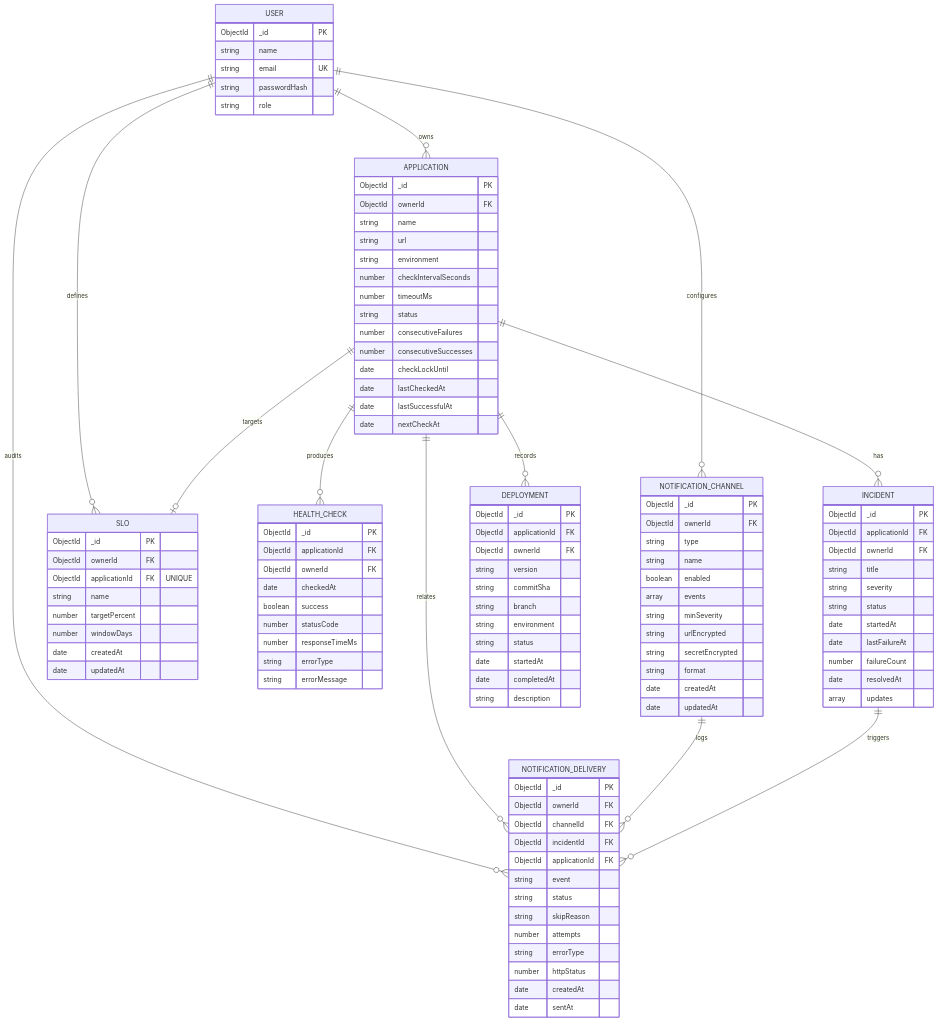
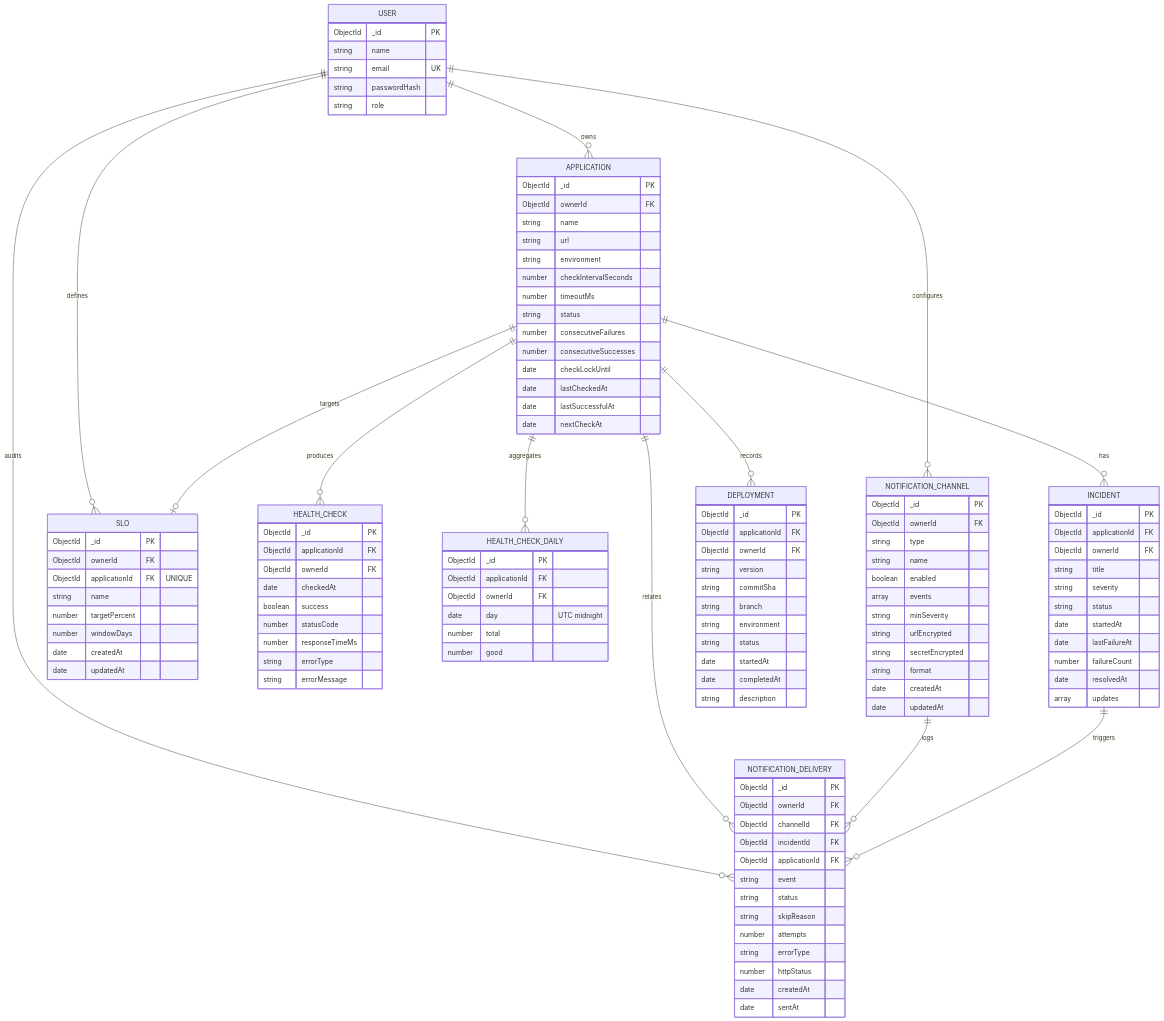
The second of 2 diagrams in ARCHITECTURE.md (gaurav27-kit/DevOpsPulse), drawn with Mermaid before and after one commit. The commit also changed other lines of this file and 17 other files, not shown here.

```diff
--- a/ARCHITECTURE.md
+++ b/ARCHITECTURE.md
@@ -79,6 +79,7 @@
   USER ||--o{ NOTIFICATION_DELIVERY : audits
   USER ||--o{ SLO : defines
   APPLICATION ||--o{ HEALTH_CHECK : produces
+  APPLICATION ||--o{ HEALTH_CHECK_DAILY : aggregates
   APPLICATION ||--o{ INCIDENT : has
   APPLICATION ||--o{ DEPLOYMENT : records
   APPLICATION ||--o| SLO : targets
@@ -118,6 +119,14 @@
     number responseTimeMs
     string errorType
     string errorMessage
+  }
+  HEALTH_CHECK_DAILY {
+    ObjectId _id PK
+    ObjectId applicationId FK
+    ObjectId ownerId FK
+    date day "UTC midnight"
+    number total
+    number good
   }
   INCIDENT {
     ObjectId _id PK
```
